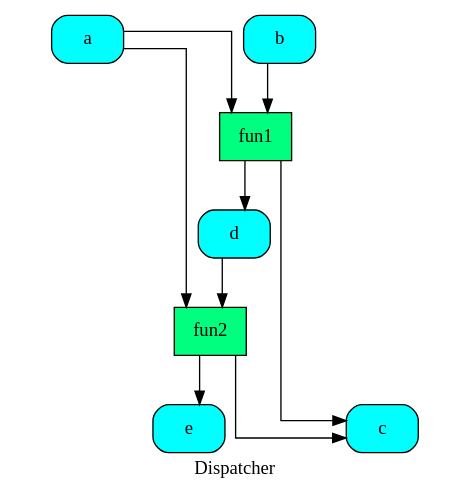
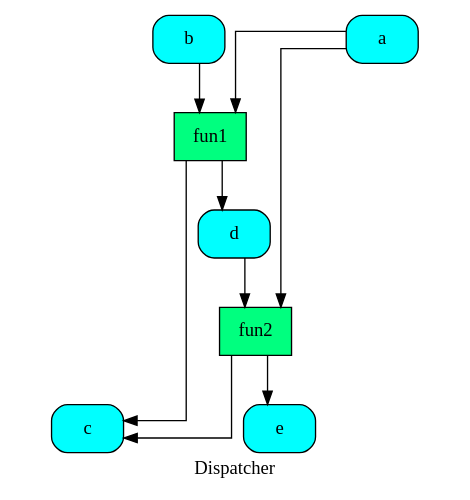
One commit to vinci1it2000/schedula changed the diagram in doc/source/dispatcher/__init__/get_sub_dsp/dsp.dot. Above: the diagram before and after it, drawn with Graphviz. The commit also changed 23 other files, not shown here.

```diff
--- a/doc/source/dispatcher/__init__/get_sub_dsp/dsp.dot
+++ b/doc/source/dispatcher/__init__/get_sub_dsp/dsp.dot
@@ -1,21 +1,21 @@
 digraph Dispatcher {
 	graph [ratio=1]
 	node [style=filled]
 	splines = ortho
 	label = "Dispatcher"
-		"Dispatcher_-2290100777915181328" [label="{ fun2  }" fillcolor=springgreen shape=record]
-		"Dispatcher_-7791503906178856011" [label="{ fun1  }" fillcolor=springgreen shape=record]
-		Dispatcher_1161704250910580454 [label="{ c  }" fillcolor=cyan shape=Mrecord]
-		"Dispatcher_-7776202301500148952" [label="{ a  }" fillcolor=cyan shape=Mrecord]
-		Dispatcher_1839105624103145851 [label="{ e  }" fillcolor=cyan shape=Mrecord]
-		Dispatcher_3212931600518739037 [label="{ b  }" fillcolor=cyan shape=Mrecord]
-		Dispatcher_1248373816960019038 [label="{ d  }" fillcolor=cyan shape=Mrecord]
-			"Dispatcher_-2290100777915181328" -> Dispatcher_1839105624103145851
-			"Dispatcher_-2290100777915181328" -> Dispatcher_1161704250910580454
-			"Dispatcher_-7791503906178856011" -> Dispatcher_1248373816960019038
-			"Dispatcher_-7791503906178856011" -> Dispatcher_1161704250910580454
-			"Dispatcher_-7776202301500148952" -> "Dispatcher_-2290100777915181328"
-			"Dispatcher_-7776202301500148952" -> "Dispatcher_-7791503906178856011"
-			Dispatcher_3212931600518739037 -> "Dispatcher_-7791503906178856011"
-			Dispatcher_1248373816960019038 -> "Dispatcher_-2290100777915181328"
+		"Dispatcher_-427784935824896063" [label="{ b  }" fillcolor=cyan shape=Mrecord]
+		"Dispatcher_-4445111242917612282" [label="{ e  }" fillcolor=cyan shape=Mrecord]
+		Dispatcher_3788701081272013541 [label="{ fun1  }" fillcolor=springgreen shape=record]
+		Dispatcher_5626300579074633926 [label="{ c  }" fillcolor=cyan shape=Mrecord]
+		"Dispatcher_-3574468403947108869" [label="{ a  }" fillcolor=cyan shape=Mrecord]
+		"Dispatcher_-326614085633400115" [label="{ fun2  }" fillcolor=springgreen shape=record]
+		"Dispatcher_-6866225254170713515" [label="{ d  }" fillcolor=cyan shape=Mrecord]
+			"Dispatcher_-427784935824896063" -> Dispatcher_3788701081272013541
+			Dispatcher_3788701081272013541 -> "Dispatcher_-6866225254170713515"
+			Dispatcher_3788701081272013541 -> Dispatcher_5626300579074633926
+			"Dispatcher_-3574468403947108869" -> Dispatcher_3788701081272013541
+			"Dispatcher_-3574468403947108869" -> "Dispatcher_-326614085633400115"
+			"Dispatcher_-326614085633400115" -> "Dispatcher_-4445111242917612282"
+			"Dispatcher_-326614085633400115" -> Dispatcher_5626300579074633926
+			"Dispatcher_-6866225254170713515" -> "Dispatcher_-326614085633400115"
 }
```
